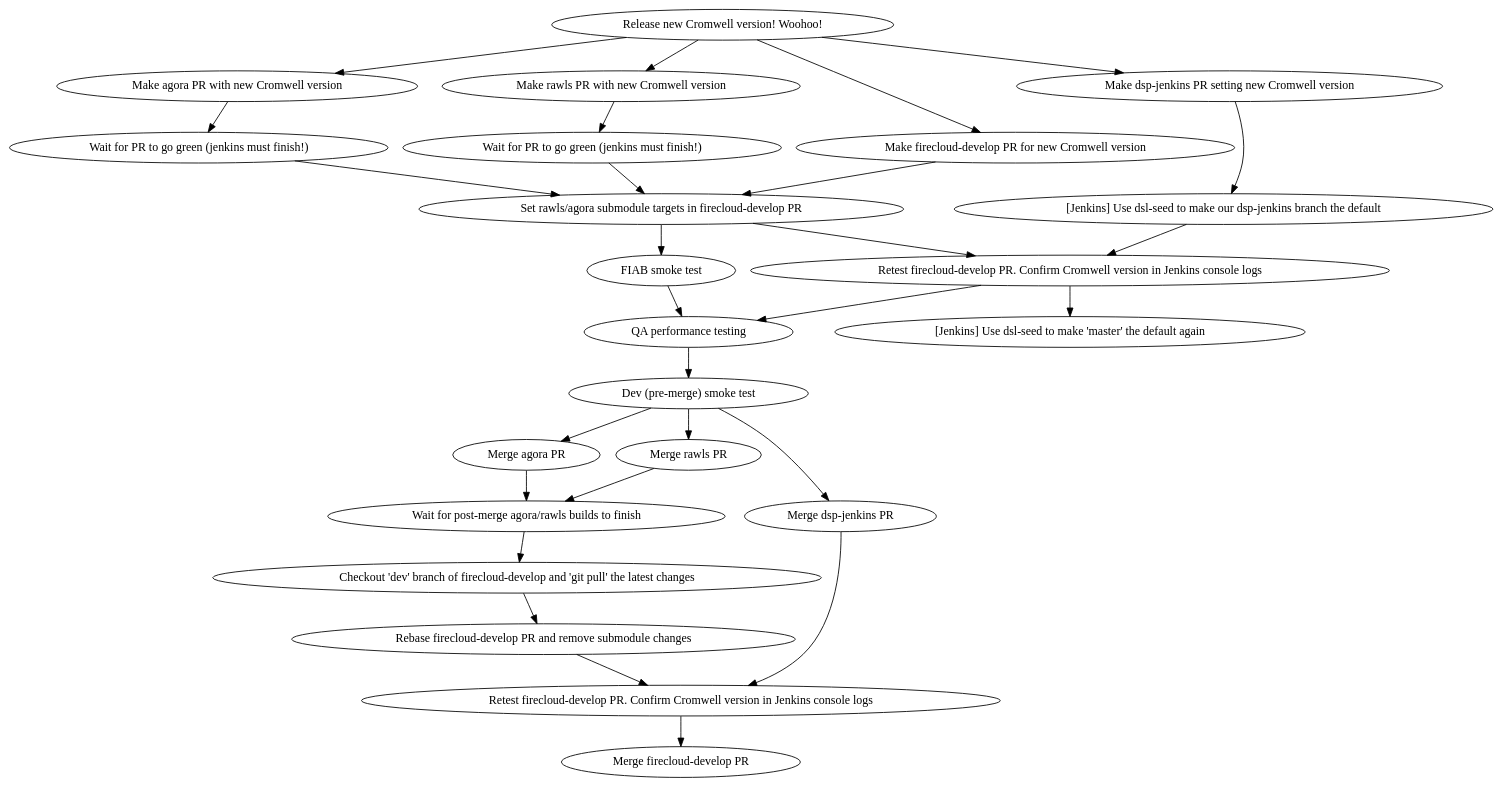
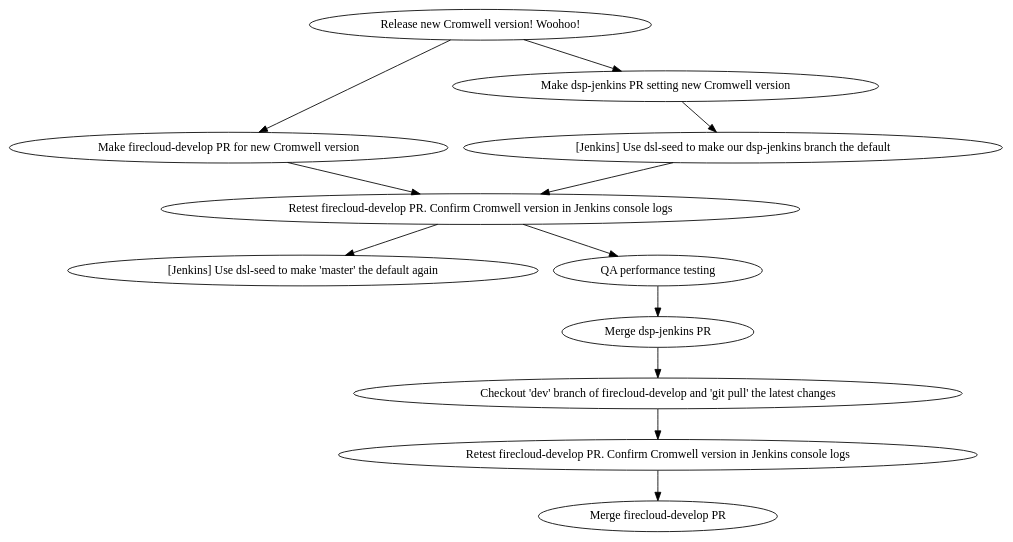
The diagram in scripts/release_processes/firecloud-develop.dot (broadinstitute/cromwell), drawn with Graphviz before and after one commit. The commit also changed 1 other file, not shown here.

Commit message:
[Release process] Don't update Agora/Rawls and skip smoke tests

```diff
--- a/scripts/release_processes/firecloud-develop.dot
+++ b/scripts/release_processes/firecloud-develop.dot
@@ -1,73 +1,41 @@
 digraph {
 
   # Nodes
 
   release_cromwell [shape=oval label="Release new Cromwell version! Woohoo!"];
 
-  agora_branch [shape=oval label="Make agora PR with new Cromwell version"];
-  agora_PR [shape=oval label="Wait for PR to go green (jenkins must finish!)"];
-  agora_merge [shape=oval label="Merge agora PR"];
-
-  rawls_branch [shape=oval label="Make rawls PR with new Cromwell version"];
-  rawls_PR [shape=oval label="Wait for PR to go green (jenkins must finish!)"];
-  rawls_merge [shape=oval label="Merge rawls PR"];
-
   fcdev_branch [shape=oval label="Make firecloud-develop PR for new Cromwell version"];
-  fcdev_submodules [shape=oval label="Set rawls/agora submodule targets in firecloud-develop PR"];
   fcdev_test [shape=oval label="Retest firecloud-develop PR. Confirm Cromwell version in Jenkins console logs"];
-  fcdev_wait_for_agrawal [shape=oval label="Wait for post-merge agora/rawls builds to finish"];
   fcdev_update_dev [shape=oval label="Checkout 'dev' branch of firecloud-develop and 'git pull' the latest changes"];
-  fcdev_undo_submodules [shape=oval label="Rebase firecloud-develop PR and remove submodule changes"];
   fcdev_final_swatomation [shape=oval label="Retest firecloud-develop PR. Confirm Cromwell version in Jenkins console logs"];
   fcdev_merge [shape=oval label="Merge firecloud-develop PR"];
 
   dspjenkins_PR [shape=oval label="Make dsp-jenkins PR setting new Cromwell version"];
   dspjenkins_merge [shape=oval label="Merge dsp-jenkins PR"];
 
   jenkins_set [shape=oval label="[Jenkins] Use dsl-seed to make our dsp-jenkins branch the default"];
   jenkins_reset [shape=oval label="[Jenkins] Use dsl-seed to make 'master' the default again"];
 
-  fiab_smoke [shape=oval label="FIAB smoke test"];
-  dev_smoke [shape=oval label="Dev (pre-merge) smoke test"];
   qa_perf [shape=oval label="QA performance testing"];
 
   # Edges
 
-  release_cromwell -> agora_branch
-  release_cromwell -> rawls_branch
   release_cromwell -> fcdev_branch
   release_cromwell -> dspjenkins_PR
 
-  agora_branch -> agora_PR
-  rawls_branch -> rawls_PR
-
-  fcdev_branch -> fcdev_submodules
-  agora_PR -> fcdev_submodules
-  rawls_PR -> fcdev_submodules
+  fcdev_branch -> fcdev_test
 
   dspjenkins_PR -> jenkins_set
 
   jenkins_set -> fcdev_test
-  fcdev_submodules -> fcdev_test
+
   fcdev_test -> jenkins_reset
 
-  fcdev_submodules -> fiab_smoke
   fcdev_test -> qa_perf
-  fiab_smoke -> qa_perf
 
-  qa_perf -> dev_smoke
+  qa_perf -> dspjenkins_merge
 
-  dev_smoke -> agora_merge
-  dev_smoke -> rawls_merge
-  dev_smoke -> dspjenkins_merge
-
-  agora_merge -> fcdev_wait_for_agrawal
-  rawls_merge -> fcdev_wait_for_agrawal
-
-  fcdev_wait_for_agrawal -> fcdev_update_dev
-  fcdev_update_dev -> fcdev_undo_submodules
-
-  dspjenkins_merge -> fcdev_final_swatomation
-  fcdev_undo_submodules -> fcdev_final_swatomation
+  dspjenkins_merge -> fcdev_update_dev
+  fcdev_update_dev -> fcdev_final_swatomation
   fcdev_final_swatomation -> fcdev_merge
 }
```
